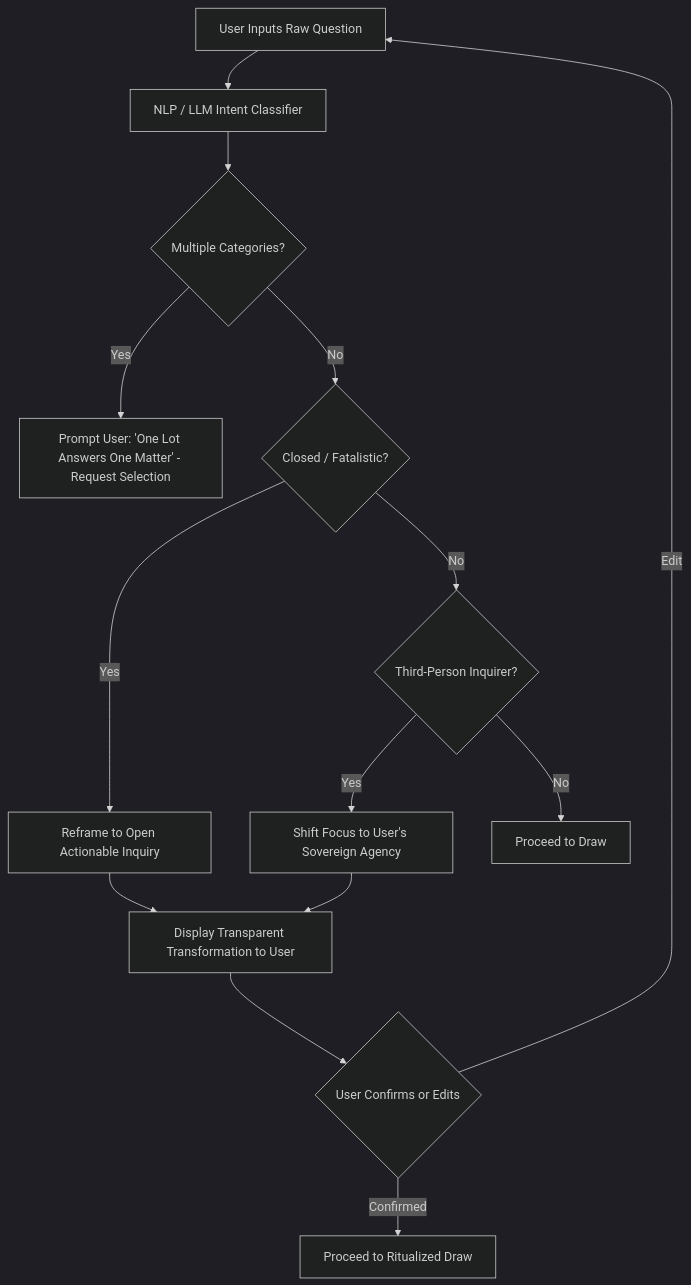
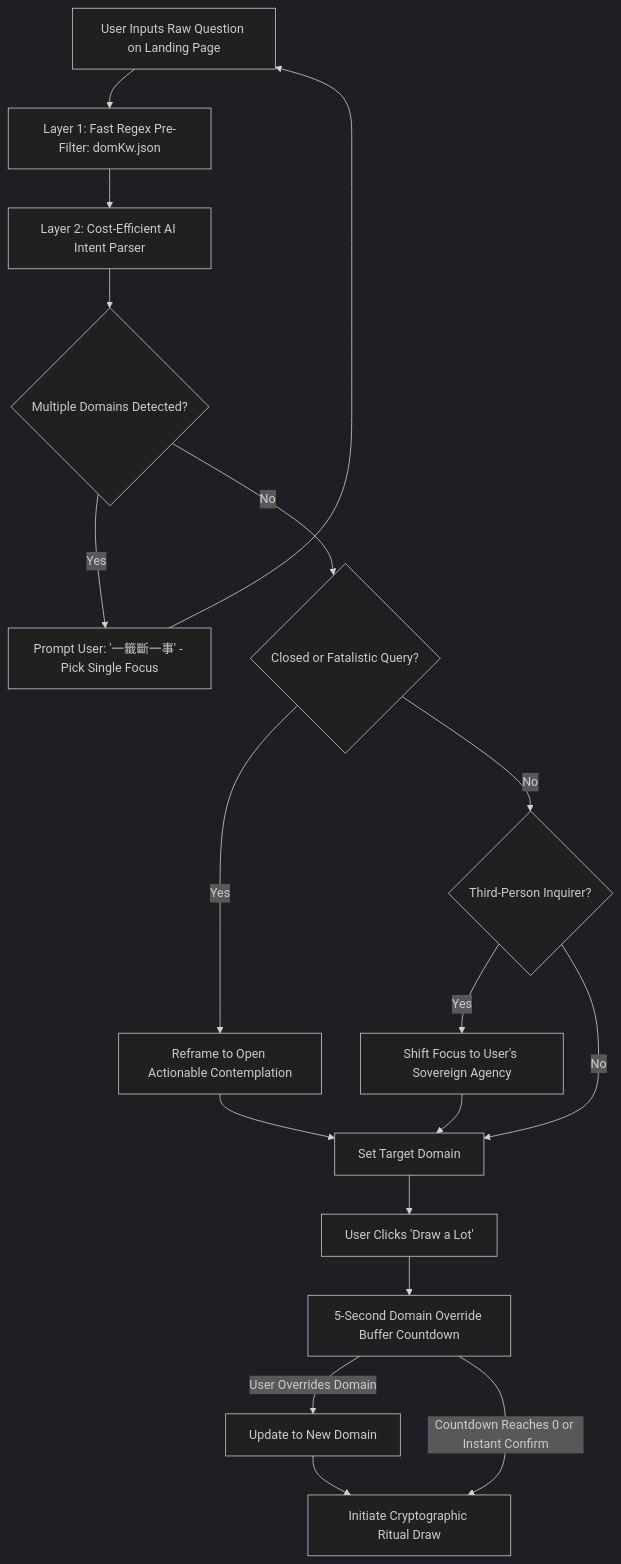
One commit to whowillcare/mazu-app changed the diagram in docs/planning/04_DOMAIN_MAPPING_AND_QUESTION_GATE.md. Above: the diagram before and after it, drawn with Mermaid (dark theme). The commit also changed other lines of this file and 5 other files, not shown here.

````diff
--- a/docs/planning/04_DOMAIN_MAPPING_AND_QUESTION_GATE.md
+++ b/docs/planning/04_DOMAIN_MAPPING_AND_QUESTION_GATE.md
@@ -46,16 +47,20 @@
 ```mermaid
 graph TD
-    UserQ[User Inputs Raw Question] --> NLP[NLP / LLM Intent Classifier]
-    NLP --> CheckMulti{Multiple Categories?}
-    CheckMulti -->|Yes| PromptSplit[Prompt User: 'One Lot Answers One Matter' - Request Selection]
-    CheckMulti -->|No| CheckClosed{Closed / Fatalistic?}
-    CheckClosed -->|Yes| ReframeQ[Reframe to Open Actionable Inquiry]
+    UserQ[User Inputs Raw Question on Landing Page] --> Regex[Layer 1: Fast Regex Pre-Filter: domKw.json]
+    Regex --> AI[Layer 2: Cost-Efficient AI Intent Parser]
+    AI --> CheckMulti{Multiple Domains Detected?}
+    CheckMulti -->|Yes| PromptSplit[Prompt User: '一籤斷一事' - Pick Single Focus]
+    PromptSplit --> UserQ
+    CheckMulti -->|No| CheckClosed{Closed or Fatalistic Query?}
+    CheckClosed -->|Yes| ReframeQ[Reframe to Open Actionable Contemplation]
     CheckClosed -->|No| CheckThird{Third-Person Inquirer?}
     CheckThird -->|Yes| ShiftAgency[Shift Focus to User's Sovereign Agency]
-    CheckThird -->|No| AcceptDirect[Proceed to Draw]
-    ReframeQ --> ShowDiff[Display Transparent Transformation to User]
-    ShiftAgency --> ShowDiff
-    ShowDiff --> UserConfirm{User Confirms or Edits}
-    UserConfirm -->|Confirmed| ReadyDraw[Proceed to Ritualized Draw]
-    UserConfirm -->|Edit| UserQ
+    CheckThird -->|No| DirectConfirm[Set Target Domain]
+    ReframeQ --> DirectConfirm
+    ShiftAgency --> DirectConfirm
+    DirectConfirm --> UserClickDraw[User Clicks 'Draw a Lot']
+    UserClickDraw --> Timer5s[5-Second Domain Override Buffer Countdown]
+    Timer5s -->|User Overrides Domain| UpdateDomain[Update to New Domain]
+    Timer5s -->|Countdown Reaches 0 or Instant Confirm| AutoDraw[Initiate Cryptographic Ritual Draw]
+    UpdateDomain --> AutoDraw
 ```
````
